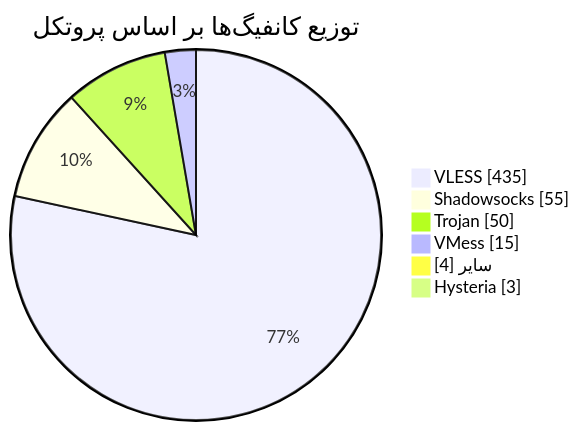
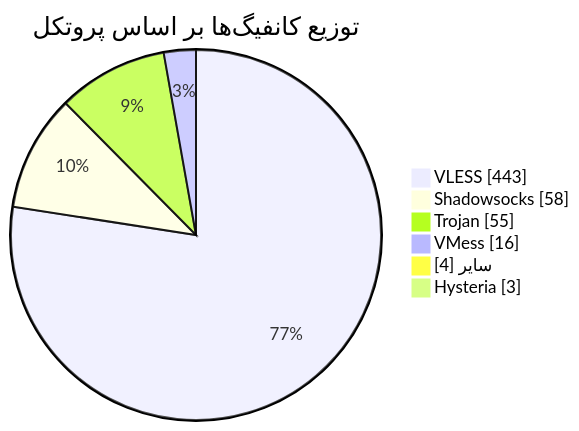
One commit to Arian-Alijani/Somthing changed the diagram in README.md. Above: the diagram before and after it, drawn with Mermaid. The commit also changed other lines of this file and 15 other files, not shown here.

````diff
--- a/README.md
+++ b/README.md
@@ -48,10 +48,10 @@
 ```mermaid
 pie showData
     title توزیع کانفیگ‌ها بر اساس پروتکل
-    "VLESS" : 435
-    "Shadowsocks" : 55
-    "Trojan" : 50
-    "VMess" : 15
+    "VLESS" : 443
+    "Shadowsocks" : 58
+    "Trojan" : 55
+    "VMess" : 16
     "سایر" : 4
     "Hysteria" : 3
 ```
````
